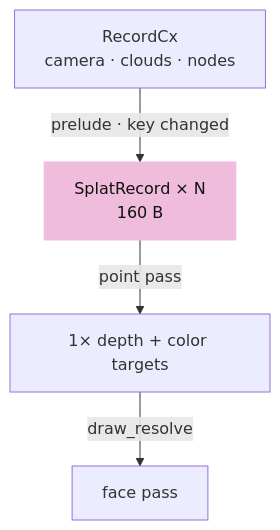
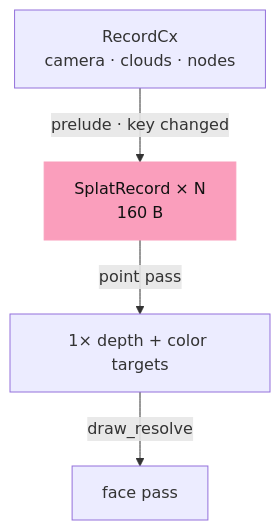
Before and after one commit to petrasvestartas/session: the fourth of 6 diagrams in session_viewer/docs/04d-clouds.md, drawn with Mermaid. The commit also changed other lines of this file and 328 other files, not shown here.

First line of the commit message:
Course: the palette you sent, and mermaid drawn like the drawings

````diff
--- a/session_viewer/docs/04d-clouds.md
+++ b/session_viewer/docs/04d-clouds.md
@@ -124,7 +124,7 @@
 ```mermaid
 flowchart TB
     RC["RecordCx<br/>camera · clouds · nodes"] -- "prelude · key changed" --> SR["SplatRecord × N<br/>160 B"]
     SR -- "point pass" --> PT["1× depth + color targets"]
     PT -- "draw_resolve" --> FP["face pass"]
-    style SR fill:#f0bcdb,stroke:#f0bcdb,color:#111
+    style SR fill:#fa9ebc,stroke:#fa9ebc,color:#111
 ```
````
